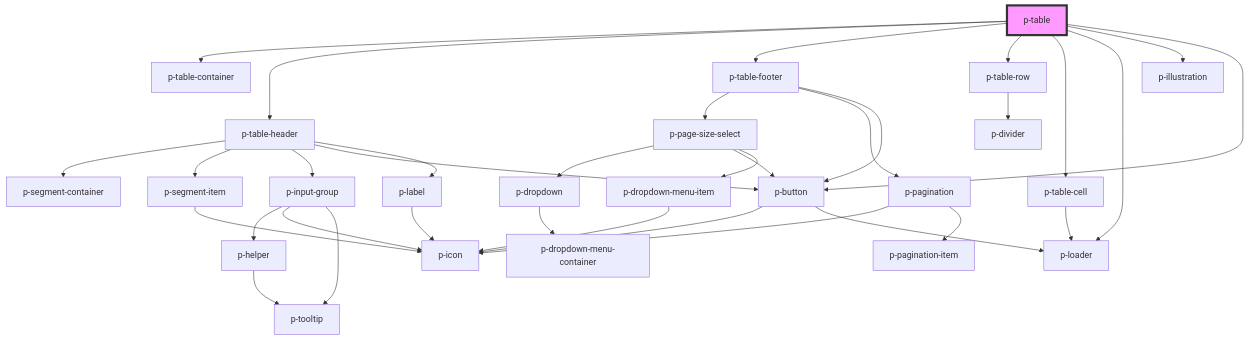
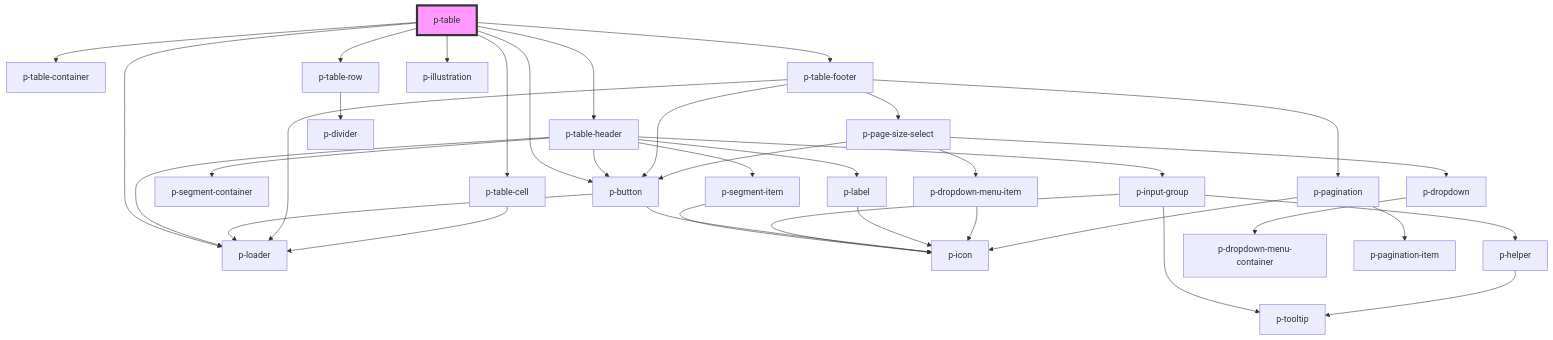
Before and after one commit to Employes/paperless: the diagram in packages/core/src/components/organisms/table/readme.md, drawn with Mermaid. The commit also changed other lines of this file and 5 other files, not shown here.

````diff
--- a/packages/core/src/components/organisms/table/readme.md
+++ b/packages/core/src/components/organisms/table/readme.md
@@ -83,37 +85,39 @@
 ```mermaid
 graph TD;
   p-table --> p-table-container
   p-table --> p-table-header
   p-table --> p-table-footer
   p-table --> p-table-row
   p-table --> p-table-cell
   p-table --> p-loader
   p-table --> p-illustration
   p-table --> p-button
+  p-table-header --> p-loader
   p-table-header --> p-segment-container
   p-table-header --> p-segment-item
   p-table-header --> p-input-group
   p-table-header --> p-button
   p-table-header --> p-label
   p-segment-item --> p-icon
   p-input-group --> p-helper
   p-input-group --> p-icon
   p-input-group --> p-tooltip
   p-helper --> p-tooltip
   p-button --> p-icon
   p-button --> p-loader
   p-label --> p-icon
   p-table-footer --> p-page-size-select
+  p-table-footer --> p-loader
   p-table-footer --> p-pagination
   p-table-footer --> p-button
   p-page-size-select --> p-dropdown
   p-page-size-select --> p-button
   p-page-size-select --> p-dropdown-menu-item
   p-dropdown --> p-dropdown-menu-container
   p-dropdown-menu-item --> p-icon
   p-pagination --> p-icon
   p-pagination --> p-pagination-item
   p-table-row --> p-divider
   p-table-cell --> p-loader
   style p-table fill:#f9f,stroke:#333,stroke-width:4px
 ```
````
